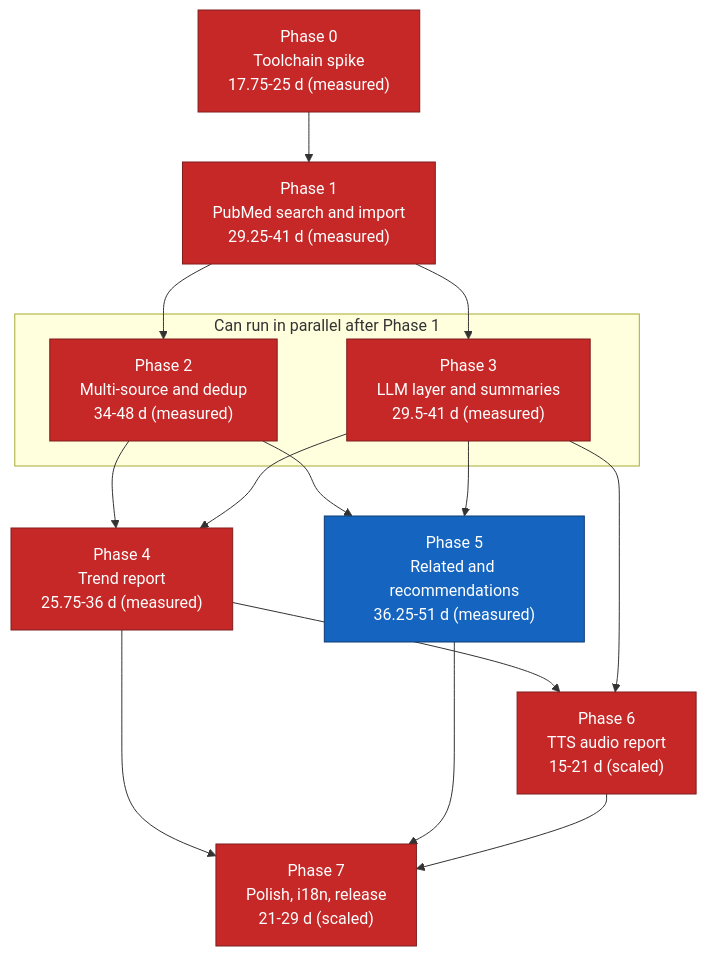
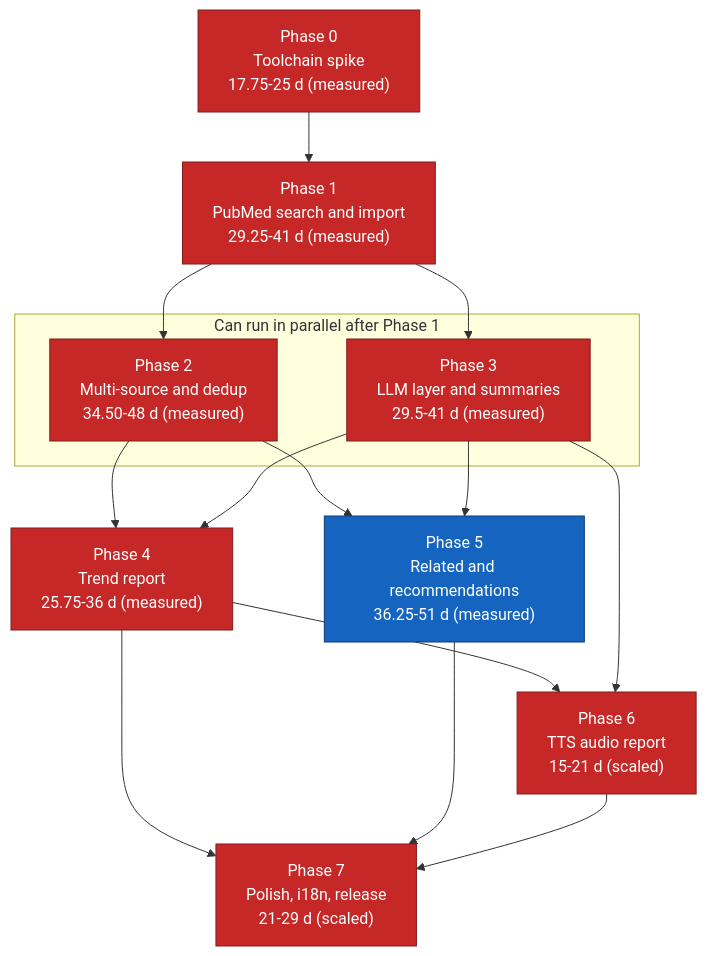
One commit to suppakoko/research_helper changed the diagram in docs/11-implementation-roadmap.md. Above: the diagram before and after it, drawn with Mermaid. The commit also changed other lines of this file and 17 other files, not shown here.

````diff
--- a/docs/11-implementation-roadmap.md
+++ b/docs/11-implementation-roadmap.md
@@ -326,34 +326,34 @@
 ```mermaid
 graph TD
     P0["Phase 0<br/>Toolchain spike<br/>17.75-25 d (measured)"]
     P1["Phase 1<br/>PubMed search and import<br/>29.25-41 d (measured)"]
-    P2["Phase 2<br/>Multi-source and dedup<br/>34-48 d (measured)"]
+    P2["Phase 2<br/>Multi-source and dedup<br/>34.50-48 d (measured)"]
     P3["Phase 3<br/>LLM layer and summaries<br/>29.5-41 d (measured)"]
     P4["Phase 4<br/>Trend report<br/>25.75-36 d (measured)"]
     P5["Phase 5<br/>Related and recommendations<br/>36.25-51 d (measured)"]
     P6["Phase 6<br/>TTS audio report<br/>15-21 d (scaled)"]
     P7["Phase 7<br/>Polish, i18n, release<br/>21-29 d (scaled)"]
 
     P0 --> P1
     P1 --> P2
     P1 --> P3
     P2 --> P4
     P3 --> P4
     P2 --> P5
     P3 --> P5
     P4 --> P6
     P3 --> P6
     P4 --> P7
     P5 --> P7
     P6 --> P7
 
     subgraph parallel["Can run in parallel after Phase 1"]
         P2
         P3
     end
 
     classDef critical fill:#c62828,stroke:#7f1d1d,color:#ffffff
     classDef normal fill:#1565c0,stroke:#0d3c73,color:#ffffff
     class P0,P1,P2,P3,P4,P6,P7 critical
     class P5 normal
 ```
````
